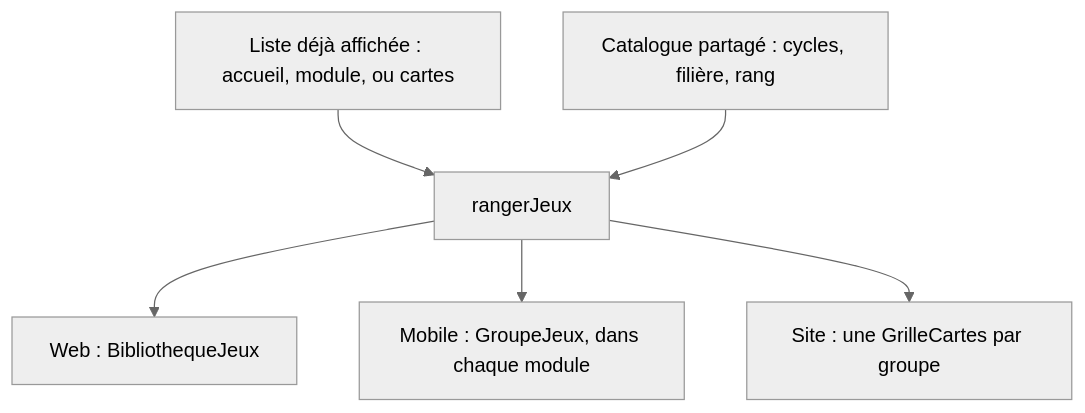
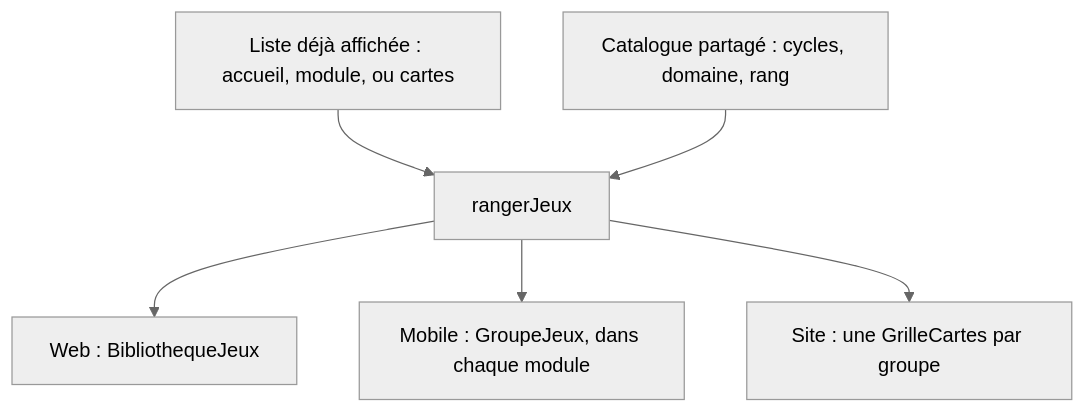
One commit to Claude20022002/Planner changed the diagram in docs/conception/jeux/qje-15-jeux-par-niveau.md. Above: the diagram before and after it, drawn with Mermaid (neutral theme). The commit also changed other lines of this file, not shown here.

Commit message:
QJE-15 : amendement visé, domaine, QJE-17 et présentation.

````diff
--- a/docs/conception/jeux/qje-15-jeux-par-niveau.md
+++ b/docs/conception/jeux/qje-15-jeux-par-niveau.md
@@ -63,14 +65,14 @@
 ```mermaid
 flowchart TD
-  cat["Catalogue partagé : cycles, filière, rang"]
+  cat["Catalogue partagé : cycles, domaine, rang"]
   api["Liste déjà affichée : accueil, module, ou cartes"]
   rang["rangerJeux"]
   web["Web : BibliothequeJeux"]
   mob["Mobile : GroupeJeux, dans chaque module"]
   site["Site : une GrilleCartes par groupe"]
   api --> rang
   cat --> rang
   rang --> web
   rang --> mob
   rang --> site
 ```
````
